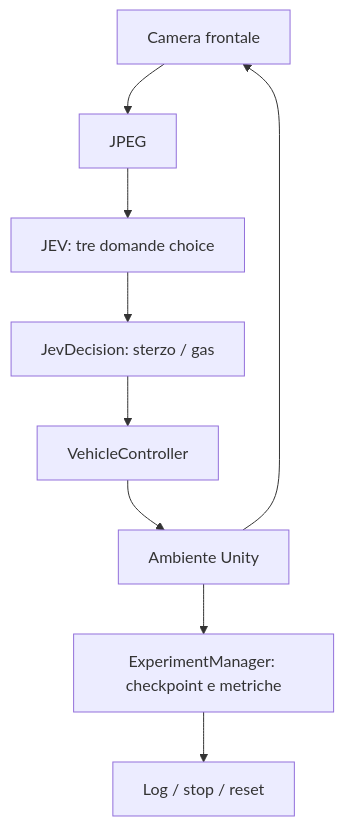
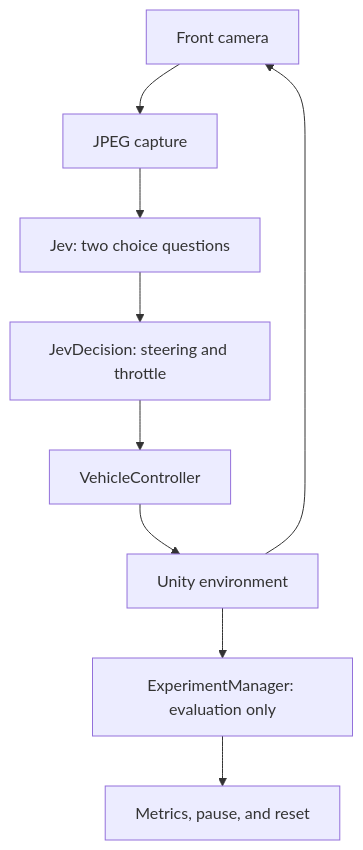
The diagram in My project/README.md (palermoalfio94/JevVision), drawn with Mermaid before and after one commit. The commit also changed other lines of this file and 6 other files, not shown here.

````diff
--- a/My project/README.md
+++ b/My project/README.md
@@ -80,11 +79,11 @@
 ```mermaid
 flowchart TD
-    A[Camera frontale] --> B[JPEG]
-    B --> C[JEV: tre domande choice]
-    C --> D[JevDecision: sterzo / gas]
+    A[Front camera] --> B[JPEG capture]
+    B --> C[Jev: two choice questions]
+    C --> D[JevDecision: steering and throttle]
     D --> E[VehicleController]
-    E --> F[Ambiente Unity]
+    E --> F[Unity environment]
     F --> A
-    F --> G[ExperimentManager: checkpoint e metriche]
-    G --> H[Log / stop / reset]
+    F --> G[ExperimentManager: evaluation only]
+    G --> H[Metrics, pause, and reset]
 ```
````
